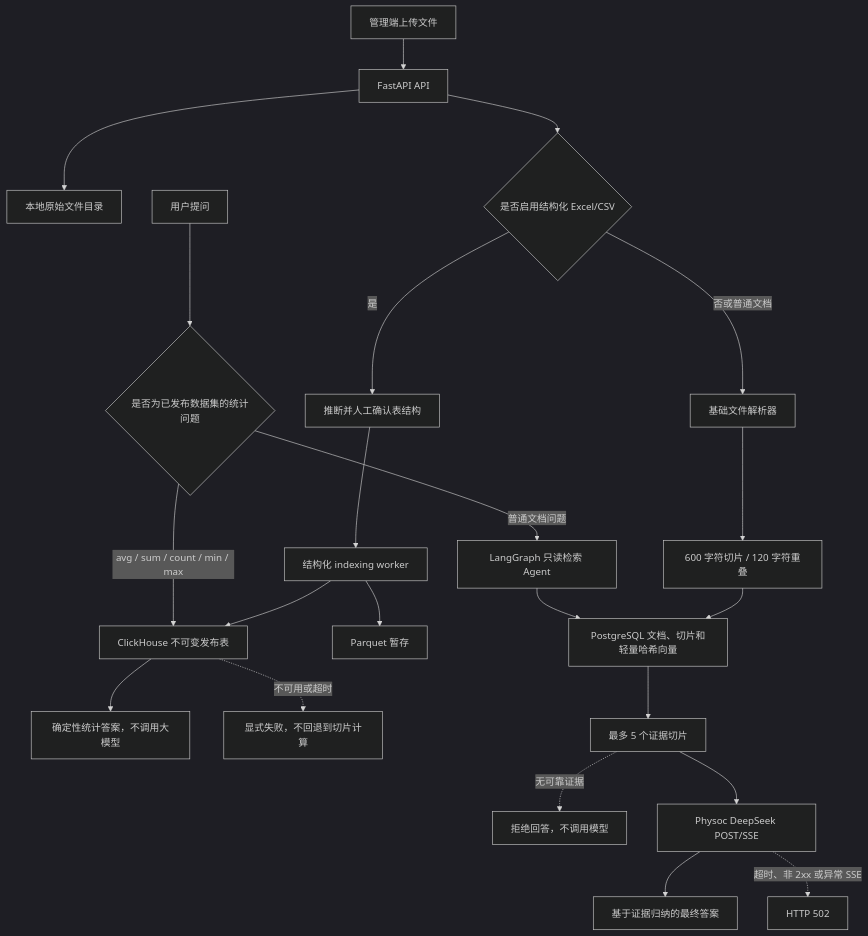
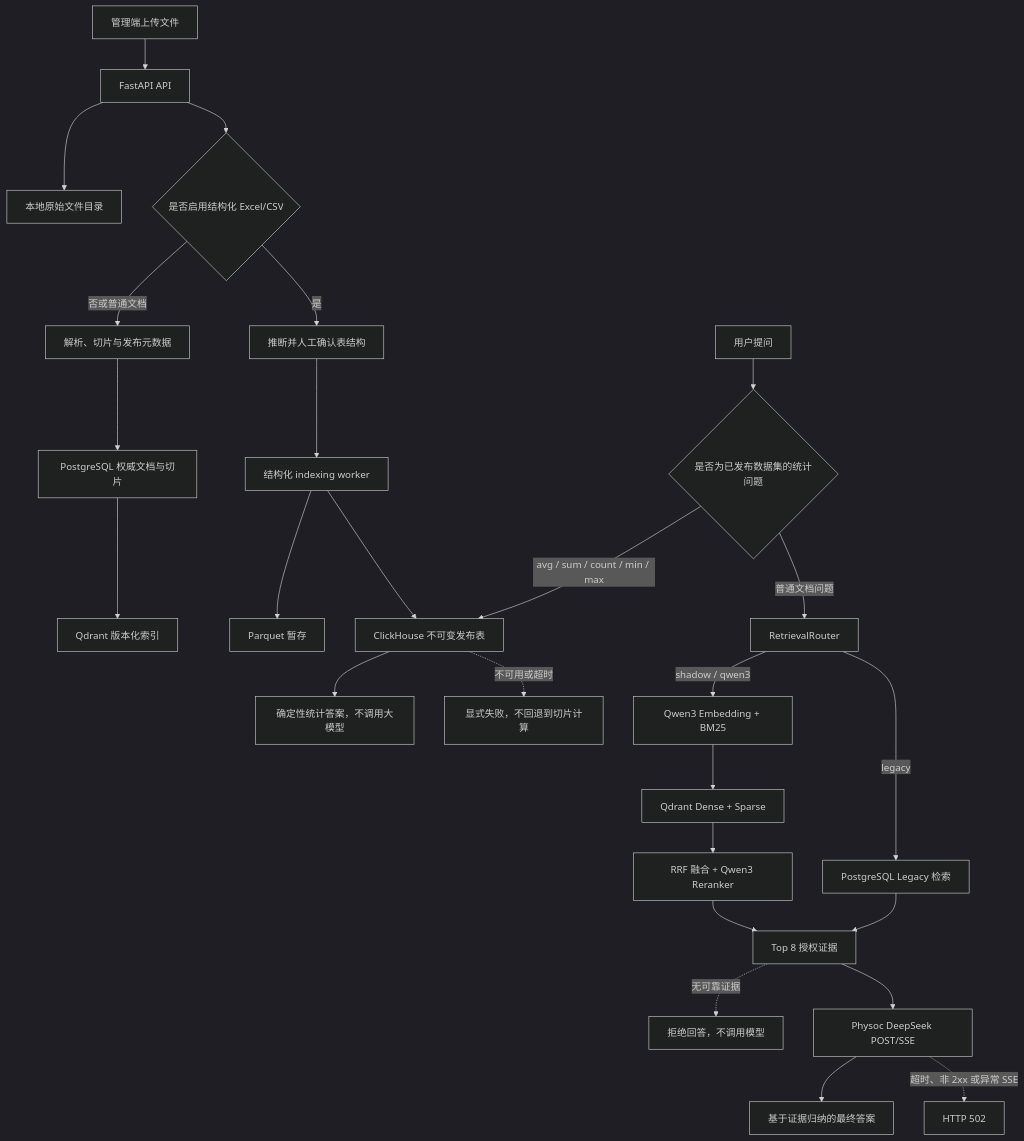
The diagram in README.md (weberhyj/DCAgent), drawn with Mermaid (dark theme) before and after one commit. The commit also changed other lines of this file and 7 other files, not shown here.

Commit message:
docs: add qwen3 hybrid retrieval operations

````diff
--- a/README.md
+++ b/README.md
@@ -134,28 +135,32 @@
 ```mermaid
 flowchart TD
     A["管理端上传文件"] --> B["FastAPI API"]
     B --> C["本地原始文件目录"]
     B --> D{"是否启用结构化 Excel/CSV"}
 
-    D -->|"否或普通文档"| E["基础文件解析器"]
-    E --> F["600 字符切片 / 120 字符重叠"]
-    F --> G["PostgreSQL 文档、切片和轻量哈希向量"]
+    D -->|"否或普通文档"| E["解析、切片与发布元数据"]
+    E --> F["PostgreSQL 权威文档与切片"]
+    F --> G["Qdrant 版本化索引"]
 
     D -->|"是"| H["推断并人工确认表结构"]
     H --> I["结构化 indexing worker"]
     I --> J["Parquet 暂存"]
     I --> K["ClickHouse 不可变发布表"]
 
     L["用户提问"] --> M{"是否为已发布数据集的统计问题"}
     M -->|"avg / sum / count / min / max"| K
     K --> N["确定性统计答案，不调用大模型"]
     K -.->|"不可用或超时"| X["显式失败，不回退到切片计算"]
 
-    M -->|"普通文档问题"| O["LangGraph 只读检索 Agent"]
-    O --> G
-    G --> P["最多 5 个证据切片"]
+    M -->|"普通文档问题"| O["RetrievalRouter"]
+    O -->|"legacy"| P0["PostgreSQL Legacy 检索"]
+    O -->|"shadow / qwen3"| P1["Qwen3 Embedding + BM25"]
+    P1 --> P2["Qdrant Dense + Sparse"]
+    P2 --> P3["RRF 融合 + Qwen3 Reranker"]
+    P3 --> P["Top 8 授权证据"]
+    P0 --> P
     P -.->|"无可靠证据"| Y["拒绝回答，不调用模型"]
     P --> Q["Physoc DeepSeek POST/SSE"]
     Q --> R["基于证据归纳的最终答案"]
     Q -.->|"超时、非 2xx 或异常 SSE"| Z["HTTP 502"]
 ```
````
